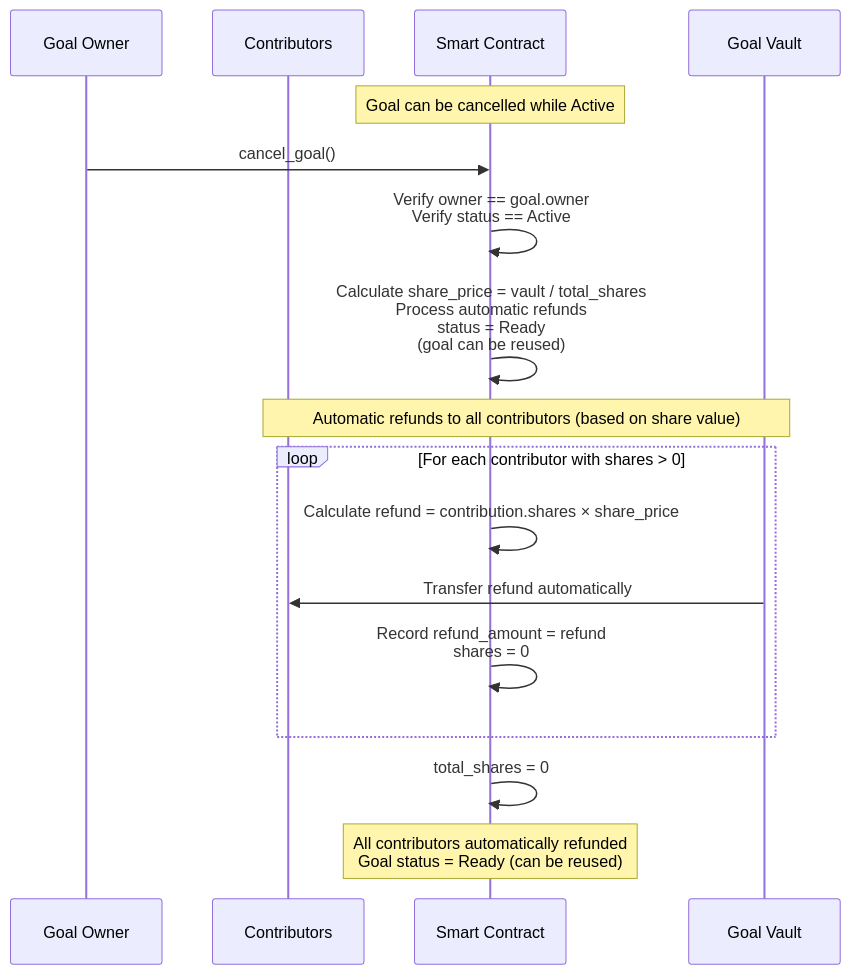
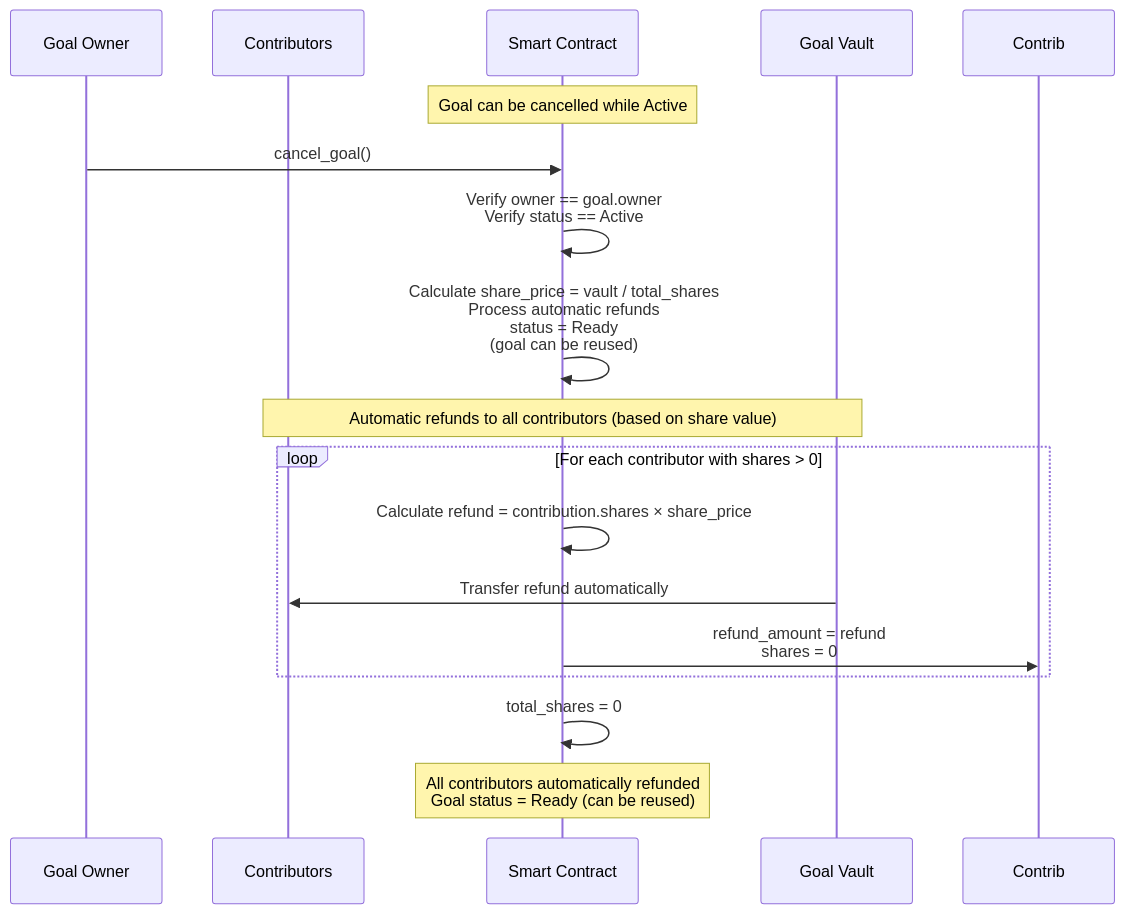
Diagram 13 of 13 in docs/design.md (JorgeCosta87/decentralized-autonomous-computing), drawn with Mermaid before and after one commit. The commit also changed other lines of this file and 1 other file, not shown here.

````diff
--- a/docs/design.md
+++ b/docs/design.md
@@ -780,25 +788,25 @@
 ```mermaid
 sequenceDiagram
     participant Owner as Goal Owner
     participant Contributor as Contributors
     participant DAC as Smart Contract
     participant Vault as Goal Vault
     
     Note over DAC: Goal can be cancelled while Active
     
     Owner->>DAC: cancel_goal()
     DAC->>DAC: Verify owner == goal.owner<br/>Verify status == Active
     DAC->>DAC: Calculate share_price = vault / total_shares<br/>Process automatic refunds<br/>status = Ready<br/>(goal can be reused)
     
     Note over Contributor,Vault: Automatic refunds to all contributors (based on share value)
     
         loop For each contributor with shares > 0
             DAC->>DAC: Calculate refund = contribution.shares × share_price
             Vault->>Contributor: Transfer refund automatically
-            DAC->>DAC: Record refund_amount = refund<br/>shares = 0
+            DAC->>Contrib: refund_amount = refund<br/>shares = 0
         end
         
         DAC->>DAC: total_shares = 0
     
     Note over DAC: All contributors automatically refunded<br/>Goal status = Ready (can be reused)
 ```
````
